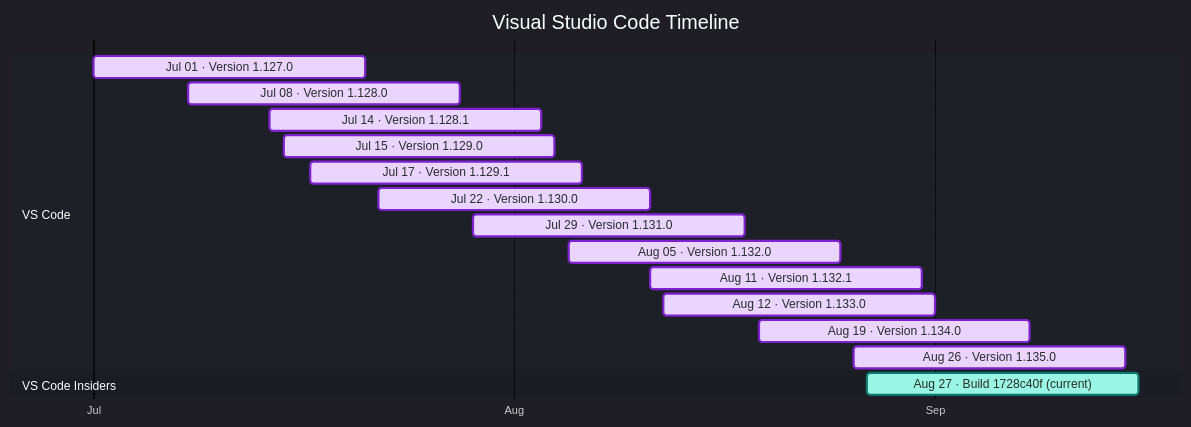
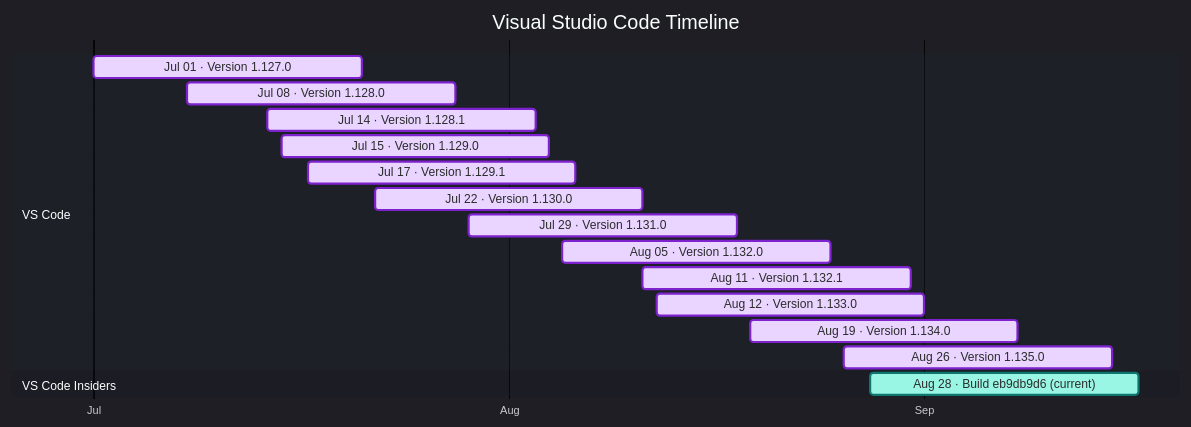
One commit to Oxelya-DevTools/VisualStudioUpdate changed the diagram in docs/vscode.md. Above: the diagram before and after it, drawn with Mermaid. The commit also changed other lines of this file and 1 other file, not shown here.

````diff
--- a/docs/vscode.md
+++ b/docs/vscode.md
@@ -9,23 +9,23 @@
 ```mermaid
 %%{init: {'theme':'dark','themeVariables': { 'fontFamily': 'Segoe UI', 'fontSize': '24px', 'textColor': '#F3F4F6', 'titleTextColor': '#FFFFFF', 'taskTextColor': '#111827', 'taskTextLightColor': '#111827', 'taskTextOutsideColor': '#F3F4F6', 'taskBkgColor': '#BAE6FD', 'taskBorderColor': '#0369A1', 'doneTaskBkgColor': '#E9D5FF', 'doneTaskBorderColor': '#7E22CE', 'activeTaskBkgColor': '#99F6E4', 'activeTaskBorderColor': '#0F766E', 'critTaskBkgColor': '#FED7AA', 'critTaskBorderColor': '#C2410C', 'sectionBkgColor': '#1F2937', 'altSectionBkgColor': '#111827', 'gridColor': '#4B5563', 'todayLineColor': '#F87171' }}}%%
 gantt
     title Visual Studio Code Timeline
     dateFormat  YYYY-MM-DD
     axisFormat  %b
     tickInterval 1month
     section VS Code
     Jul 01 · Version 1.127.0 : done, vscode202607010, 2026-07-01, 20d
     Jul 08 · Version 1.128.0 : done, vscode202607081, 2026-07-08, 20d
     Jul 14 · Version 1.128.1 : done, vscode202607142, 2026-07-14, 20d
     Jul 15 · Version 1.129.0 : done, vscode202607153, 2026-07-15, 20d
     Jul 17 · Version 1.129.1 : done, vscode202607174, 2026-07-17, 20d
     Jul 22 · Version 1.130.0 : done, vscode202607225, 2026-07-22, 20d
     Jul 29 · Version 1.131.0 : done, vscode202607296, 2026-07-29, 20d
     Aug 05 · Version 1.132.0 : done, vscode202608057, 2026-08-05, 20d
     Aug 11 · Version 1.132.1 : done, vscode202608118, 2026-08-11, 20d
     Aug 12 · Version 1.133.0 : done, vscode202608129, 2026-08-12, 20d
     Aug 19 · Version 1.134.0 : done, vscode2026081910, 2026-08-19, 20d
     Aug 26 · Version 1.135.0 : done, vscode2026082611, 2026-08-26, 20d
     section VS Code Insiders
-    Aug 27 · Build 1728c40f (current) : active, vscodeinsiders202608270, 2026-08-27, 20d
+    Aug 28 · Build eb9db9d6 (current) : active, vscodeinsiders202608280, 2026-08-28, 20d
 ```
````
